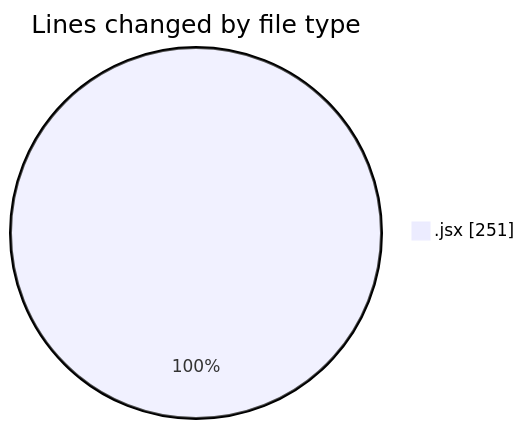
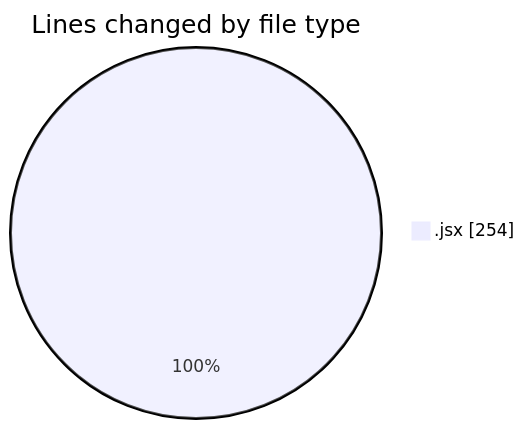
Before and after one commit to nxtqubesakshisongat/code-tracking: the first of 2 diagrams in 2025-10-09/nxtqube_webapp/README.md, drawn with Mermaid. The commit also changed other lines of this file and 1 other file, not shown here.

````diff
--- a/2025-10-09/nxtqube_webapp/README.md
+++ b/2025-10-09/nxtqube_webapp/README.md
@@ -20,5 +20,5 @@
 ```mermaid
 pie showData
 title Lines changed by file type
-".jsx" : 251
+".jsx" : 254
 ```
````
